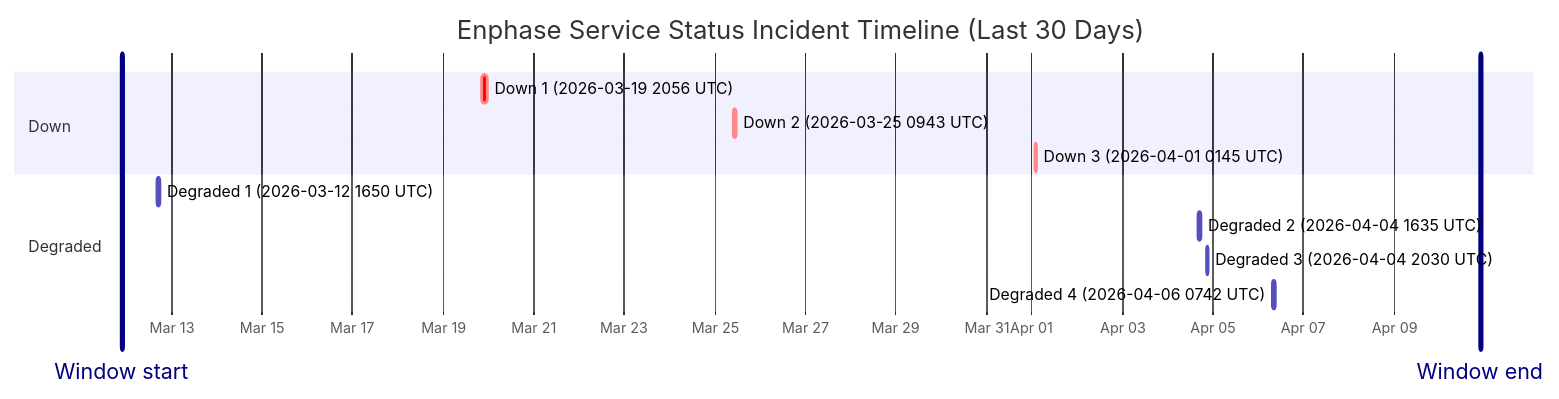
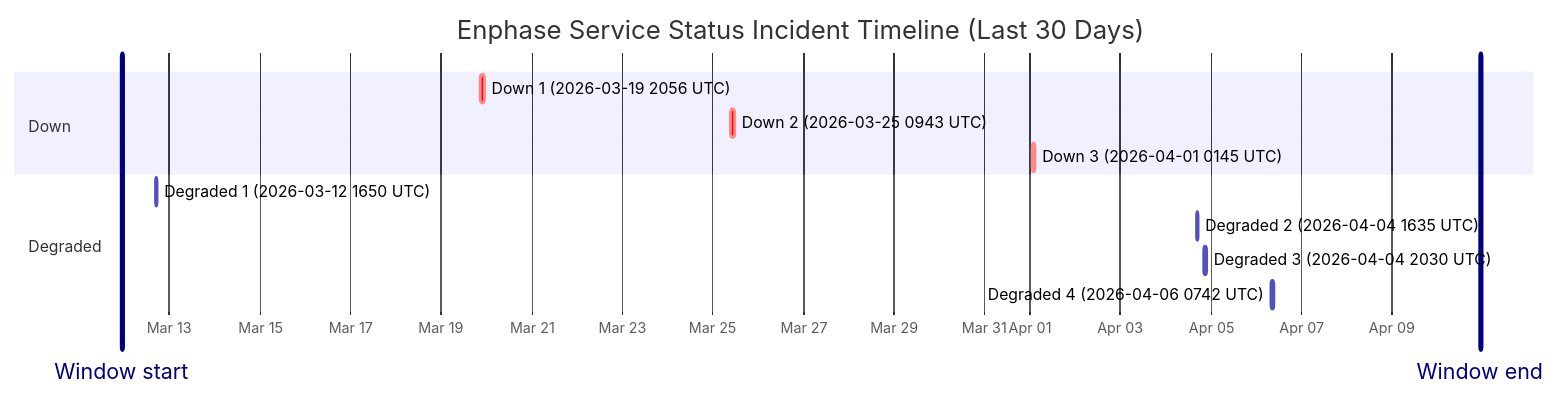
The diagram in wiki/Service-Status-History.md (barneyonline/ha-enphase-ev-charger), drawn with Mermaid before and after one commit. The commit also changed other lines of this file and 3 other files, not shown here.

````diff
--- a/wiki/Service-Status-History.md
+++ b/wiki/Service-Status-History.md
@@ -14,17 +14,17 @@
 ```mermaid
 gantt
     title Enphase Service Status Incident Timeline (Last 30 Days)
     dateFormat  YYYY-MM-DDTHH:mm:ss
     axisFormat  %b %d
-    Window start :vert, window-start, 2026-03-11T21:36:18, 0ms
-    Window end :vert, window-end, 2026-04-10T21:36:18, 0ms
+    Window start :vert, window-start, 2026-03-11T22:36:52, 0ms
+    Window end :vert, window-end, 2026-04-10T22:36:52, 0ms
     section Down
     Down 1 (2026-03-19 2056 UTC) :crit, down-1, 2026-03-19T20:56:20, 145m
     Down 2 (2026-03-25 0943 UTC) :crit, down-2, 2026-03-25T09:43:28, 111m
     Down 3 (2026-04-01 0145 UTC) :crit, down-3, 2026-04-01T01:45:09, 60m
     section Degraded
     Degraded 1 (2026-03-12 1650 UTC) :active, degraded-1, 2026-03-12T16:50:43, 60m
     Degraded 2 (2026-04-04 1635 UTC) :active, degraded-2, 2026-04-04T16:35:17, 60m
     Degraded 3 (2026-04-04 2030 UTC) :active, degraded-3, 2026-04-04T20:30:40, 60m
     Degraded 4 (2026-04-06 0742 UTC) :active, degraded-4, 2026-04-06T07:42:09, 85m
 ```
````
